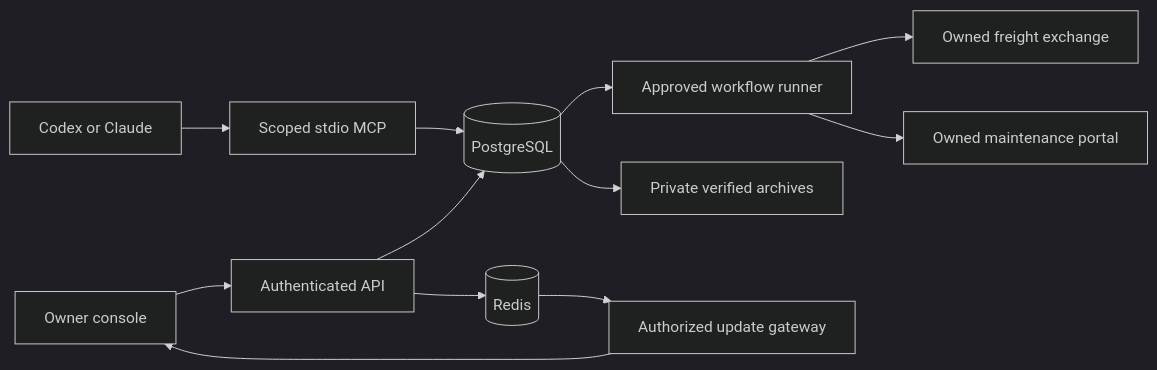
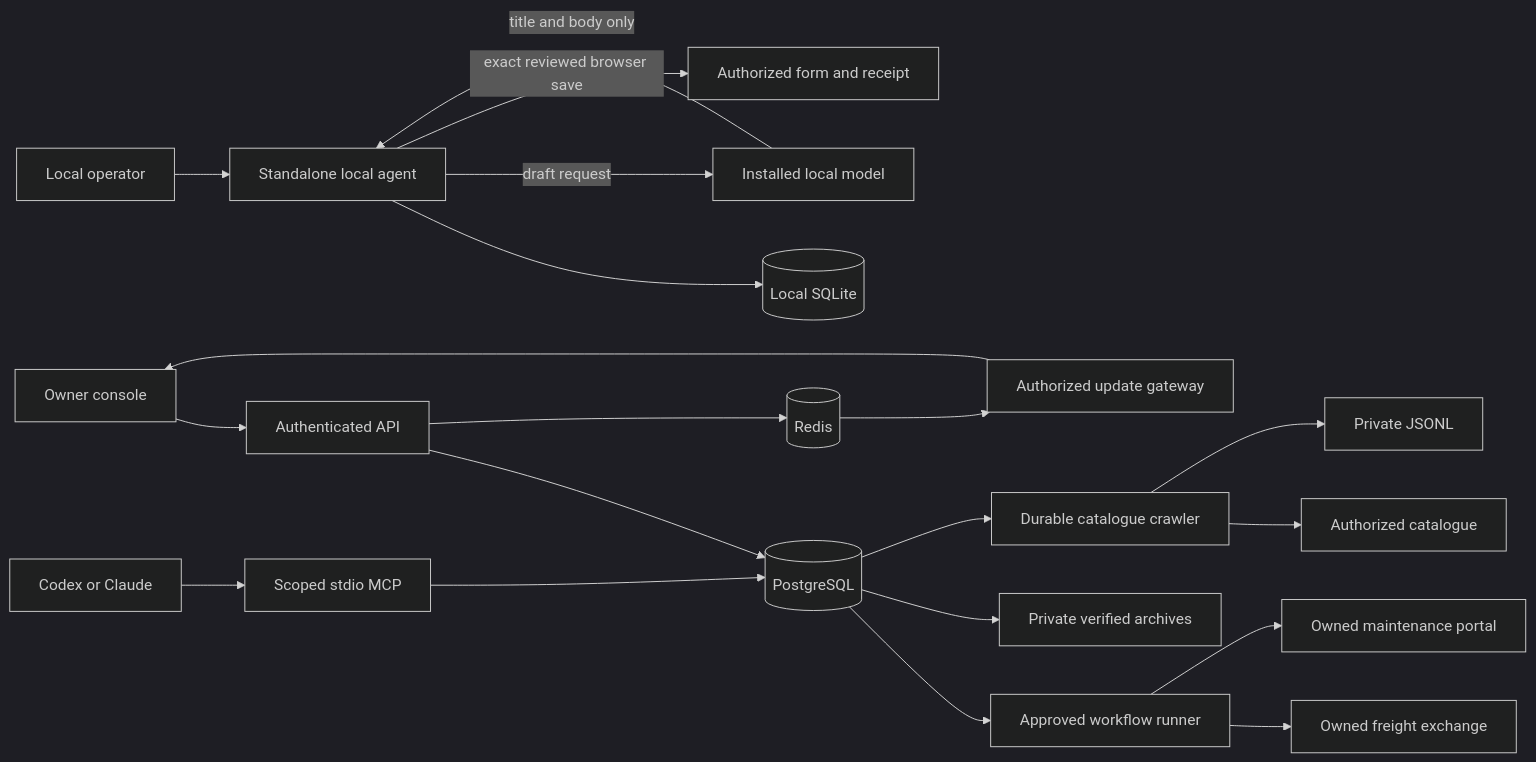
One commit to Zahidulislam2222/fleetwright changed the diagram in docs/architecture/overview.md. Above: the diagram before and after it, drawn with Mermaid (dark theme). The commit also changed other lines of this file and 56 other files, not shown here.

````diff
--- a/docs/architecture/overview.md
+++ b/docs/architecture/overview.md
@@ -7,14 +7,22 @@
 ```mermaid
 flowchart LR
   Client[Codex or Claude] --> MCP[Scoped stdio MCP]
   Operator[Owner console] --> API[Authenticated API]
   MCP --> PG[(PostgreSQL)]
   API --> PG
   API --> Redis[(Redis)]
   PG --> Runner[Approved workflow runner]
   Runner --> Freight[Owned freight exchange]
   Runner --> Portal[Owned maintenance portal]
   Redis --> Gateway[Authorized update gateway]
   Gateway --> Operator
   PG --> Backup[Private verified archives]
+  PG --> Crawler[Durable catalogue crawler]
+  Crawler --> Catalogue[Authorized catalogue]
+  Crawler --> Export[Private JSONL]
+  LocalUser[Local operator] --> Agent[Standalone local agent]
+  Agent --> SQLite[(Local SQLite)]
+  Agent -->|draft request| Model[Installed local model]
+  Model -->|title and body only| Agent
+  Agent -->|exact reviewed browser save| Form[Authorized form and receipt]
 ```
````
